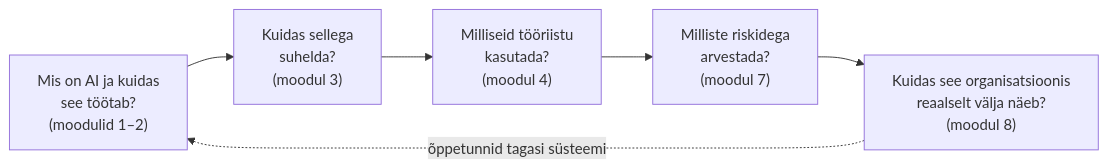
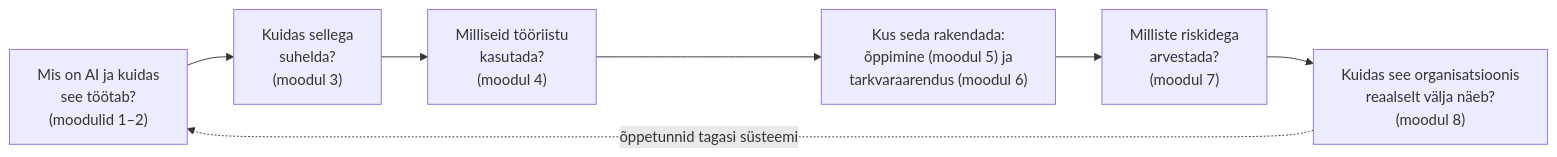
The diagram in docs/tehisintellekt/moodul-08-rakendamine-ja-moju/tund-05-kokkuvote.md (vikatgen/oppematerjalid), drawn with Mermaid before and after one commit. The commit also changed other lines of this file and 9 other files, not shown here.

````diff
--- a/docs/tehisintellekt/moodul-08-rakendamine-ja-moju/tund-05-kokkuvote.md
+++ b/docs/tehisintellekt/moodul-08-rakendamine-ja-moju/tund-05-kokkuvote.md
@@ -18,8 +18,9 @@
 ```mermaid
 flowchart LR
     A["Mis on AI ja kuidas<br/>see töötab?<br/>(moodulid 1–2)"] --> B["Kuidas sellega<br/>suhelda?<br/>(moodul 3)"]
     B --> C["Milliseid tööriistu<br/>kasutada?<br/>(moodul 4)"]
-    C --> D["Milliste riskidega<br/>arvestada?<br/>(moodul 7)"]
-    D --> E["Kuidas see organisatsioonis<br/>reaalselt välja näeb?<br/>(moodul 8)"]
-    E -.->|"õppetunnid tagasi süsteemi"| A
+    C --> D["Kus seda rakendada:<br/>õppimine (moodul 5) ja<br/>tarkvaraarendus (moodul 6)"]
+    D --> E["Milliste riskidega<br/>arvestada?<br/>(moodul 7)"]
+    E --> F["Kuidas see organisatsioonis<br/>reaalselt välja näeb?<br/>(moodul 8)"]
+    F -.->|"õppetunnid tagasi süsteemi"| A
 ```
````
